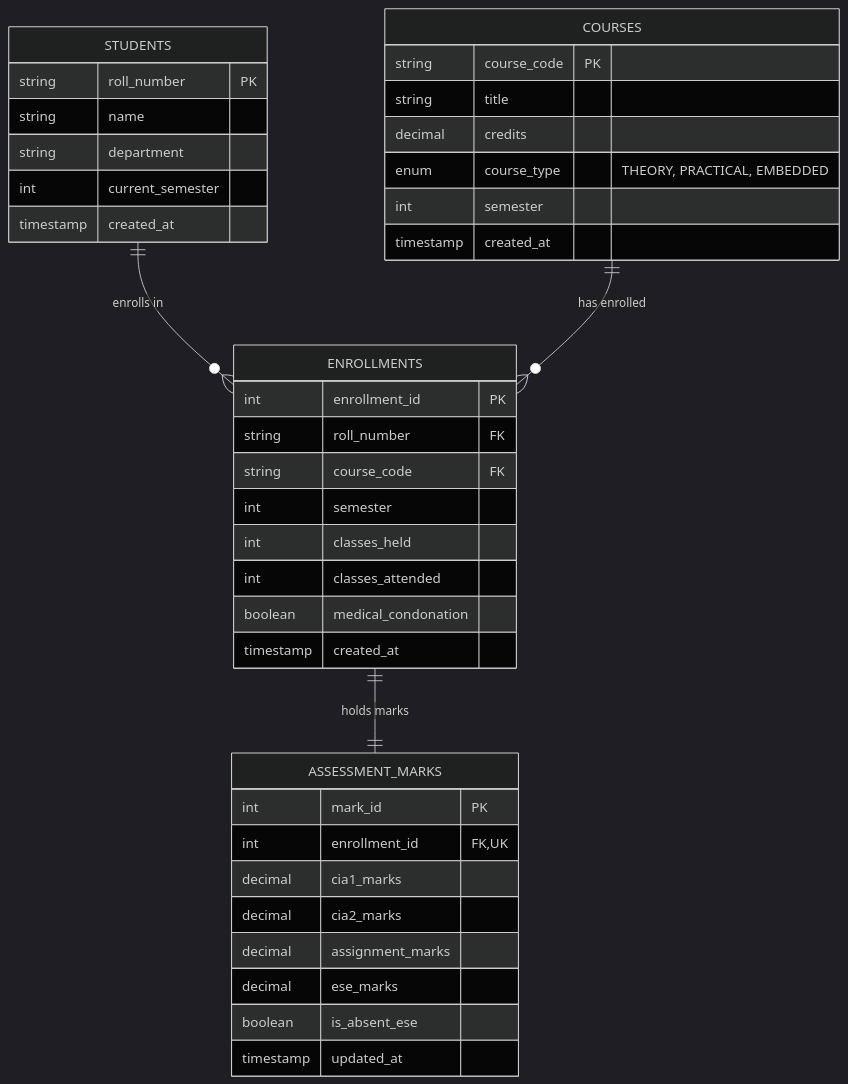
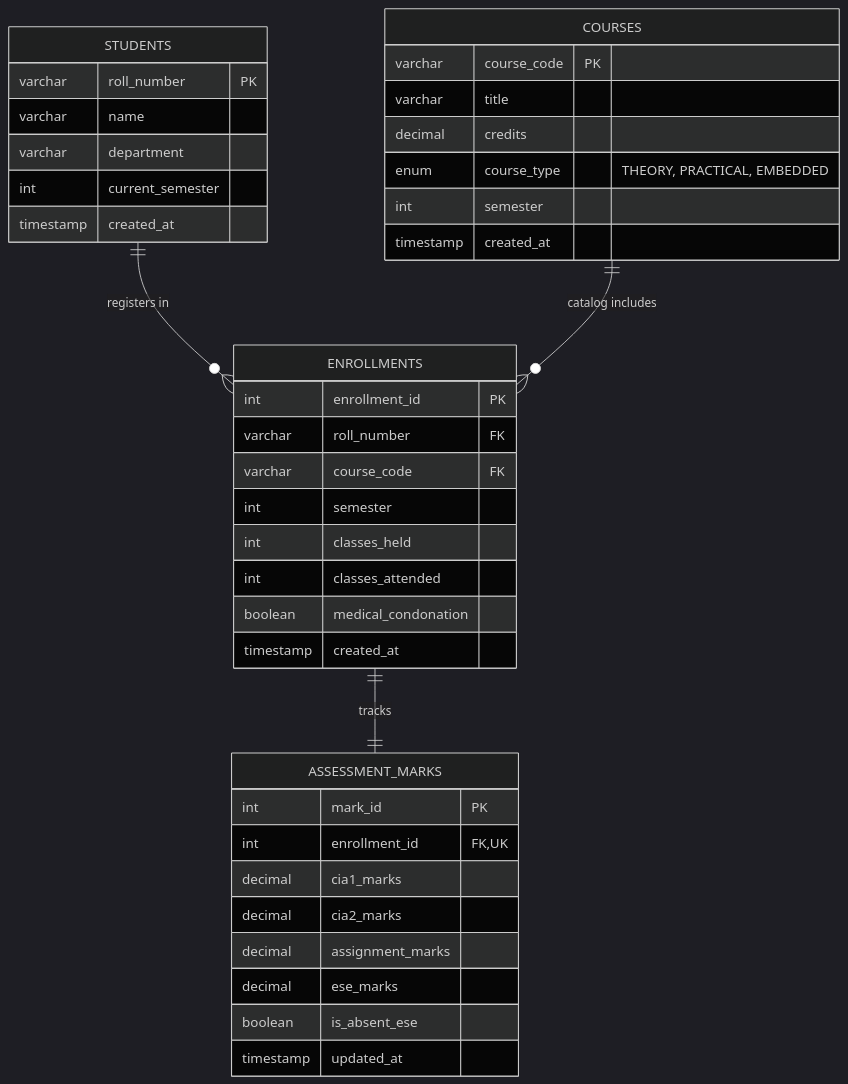
Before and after one commit to vetrivelmurugan-svg/JAVA-PROJECT: the diagram in README.md, drawn with Mermaid (dark theme). The commit also changed other lines of this file and 5 other files, not shown here.

````diff
--- a/README.md
+++ b/README.md
@@ -26,45 +181,45 @@
 ```mermaid
 erDiagram
-    STUDENTS ||--o{ ENROLLMENTS : "enrolls in"
-    COURSES ||--o{ ENROLLMENTS : "has enrolled"
-    ENROLLMENTS ||--|| ASSESSMENT_MARKS : "holds marks"
+    STUDENTS ||--o{ ENROLLMENTS : "registers in"
+    COURSES ||--o{ ENROLLMENTS : "catalog includes"
+    ENROLLMENTS ||--|| ASSESSMENT_MARKS : "tracks"
 
     STUDENTS {
-        string roll_number PK
-        string name
-        string department
+        varchar roll_number PK
+        varchar name
+        varchar department
         int current_semester
         timestamp created_at
     }
 
     COURSES {
-        string course_code PK
-        string title
+        varchar course_code PK
+        varchar title
         decimal credits
         enum course_type "THEORY, PRACTICAL, EMBEDDED"
         int semester
         timestamp created_at
     }
 
     ENROLLMENTS {
         int enrollment_id PK
-        string roll_number FK
-        string course_code FK
+        varchar roll_number FK
+        varchar course_code FK
         int semester
         int classes_held
         int classes_attended
         boolean medical_condonation
         timestamp created_at
     }
 
     ASSESSMENT_MARKS {
         int mark_id PK
         int enrollment_id FK, UK
         decimal cia1_marks
         decimal cia2_marks
         decimal assignment_marks
         decimal ese_marks
         boolean is_absent_ese
         timestamp updated_at
     }
 ```
````
